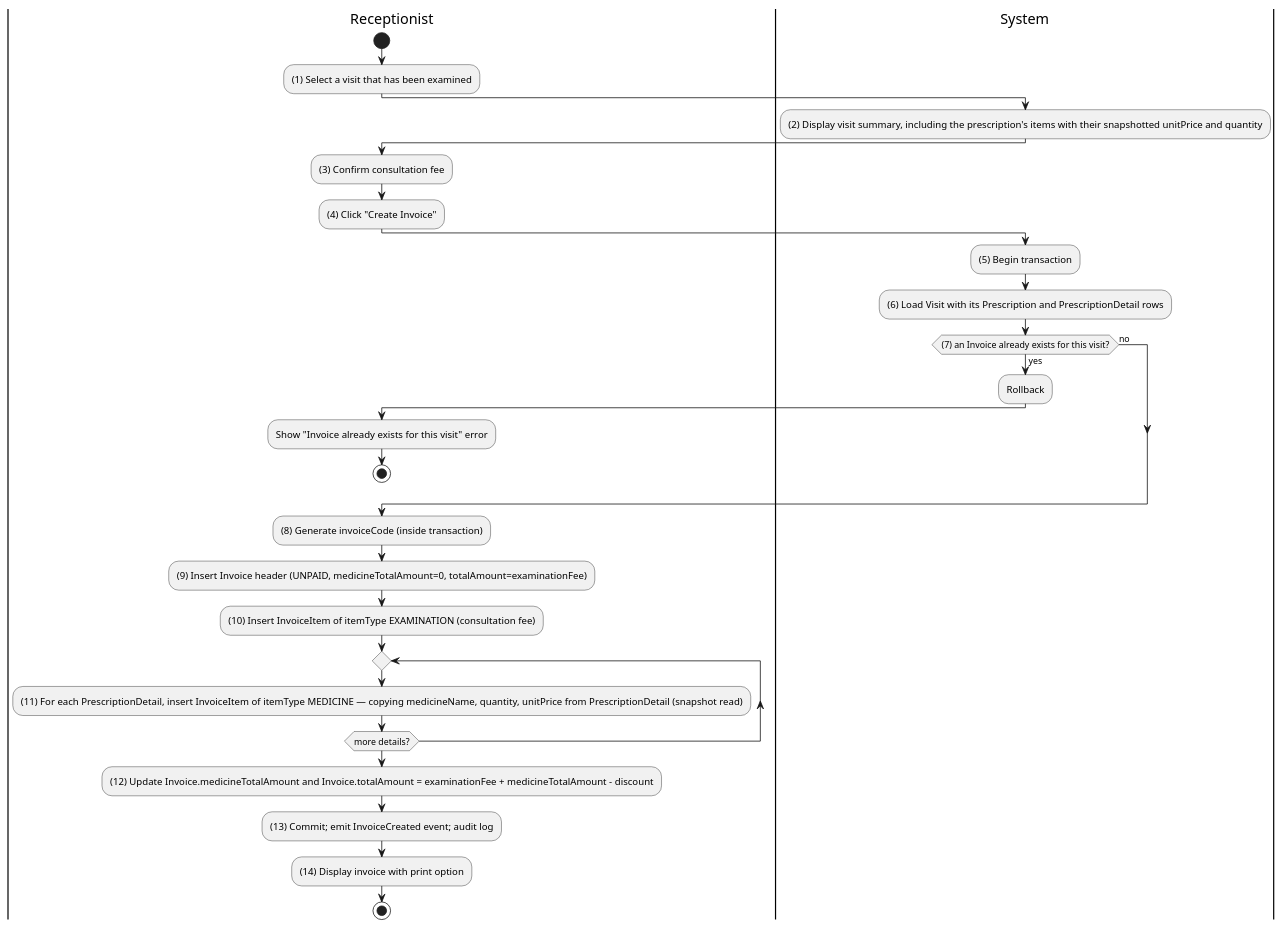
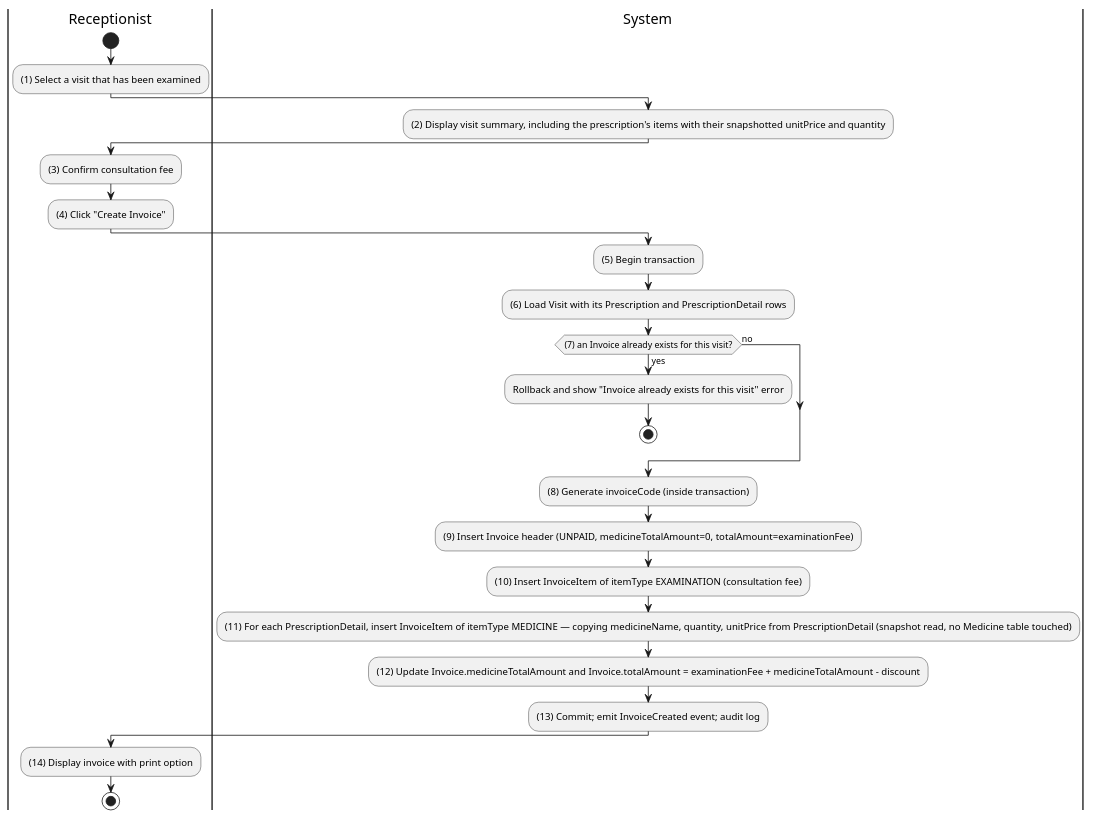
One commit to MinhThienNguyen040905/SE356---He-thong-phong-kham changed diagram 18 of 27 in Docs/SRS.md. Above: the diagram before and after it, drawn with PlantUML. The commit also changed other lines of this file, not shown here.

Commit message:
Refactor prescription creation process for improved clarity and transaction handling

````diff
--- a/Docs/SRS.md
+++ b/Docs/SRS.md
@@ -1040,33 +1029,29 @@
 ```plantuml
 @startuml
 |Receptionist|
 start
 :(1) Select a visit that has been examined;
 |System|
 :(2) Display visit summary, including the prescription's items with their snapshotted unitPrice and quantity;
 |Receptionist|
 :(3) Confirm consultation fee;
 :(4) Click "Create Invoice";
 |System|
 :(5) Begin transaction;
 :(6) Load Visit with its Prescription and PrescriptionDetail rows;
 if ((7) an Invoice already exists for this visit?) then (yes)
-  :Rollback;
-  |Receptionist|
-  :Show "Invoice already exists for this visit" error;
+  :Rollback and show "Invoice already exists for this visit" error;
   stop
 else (no)
 endif
 :(8) Generate invoiceCode (inside transaction);
 :(9) Insert Invoice header (UNPAID, medicineTotalAmount=0, totalAmount=examinationFee);
 :(10) Insert InvoiceItem of itemType EXAMINATION (consultation fee);
-repeat
-  :(11) For each PrescriptionDetail, insert InvoiceItem of itemType MEDICINE — copying medicineName, quantity, unitPrice from PrescriptionDetail (snapshot read);
-repeat while (more details?)
+:(11) For each PrescriptionDetail, insert InvoiceItem of itemType MEDICINE — copying medicineName, quantity, unitPrice from PrescriptionDetail (snapshot read, no Medicine table touched);
 :(12) Update Invoice.medicineTotalAmount and Invoice.totalAmount = examinationFee + medicineTotalAmount - discount;
 :(13) Commit; emit InvoiceCreated event; audit log;
 |Receptionist|
 :(14) Display invoice with print option;
 stop
 @enduml
 ```
````
